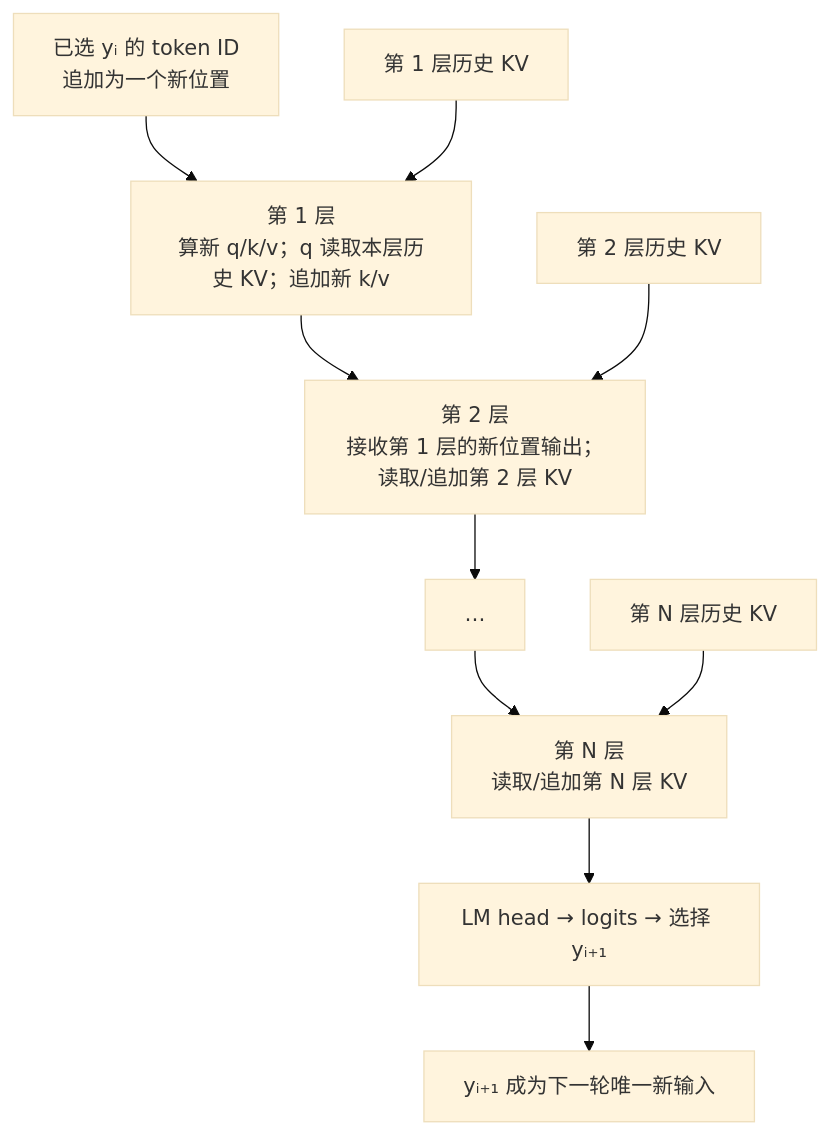
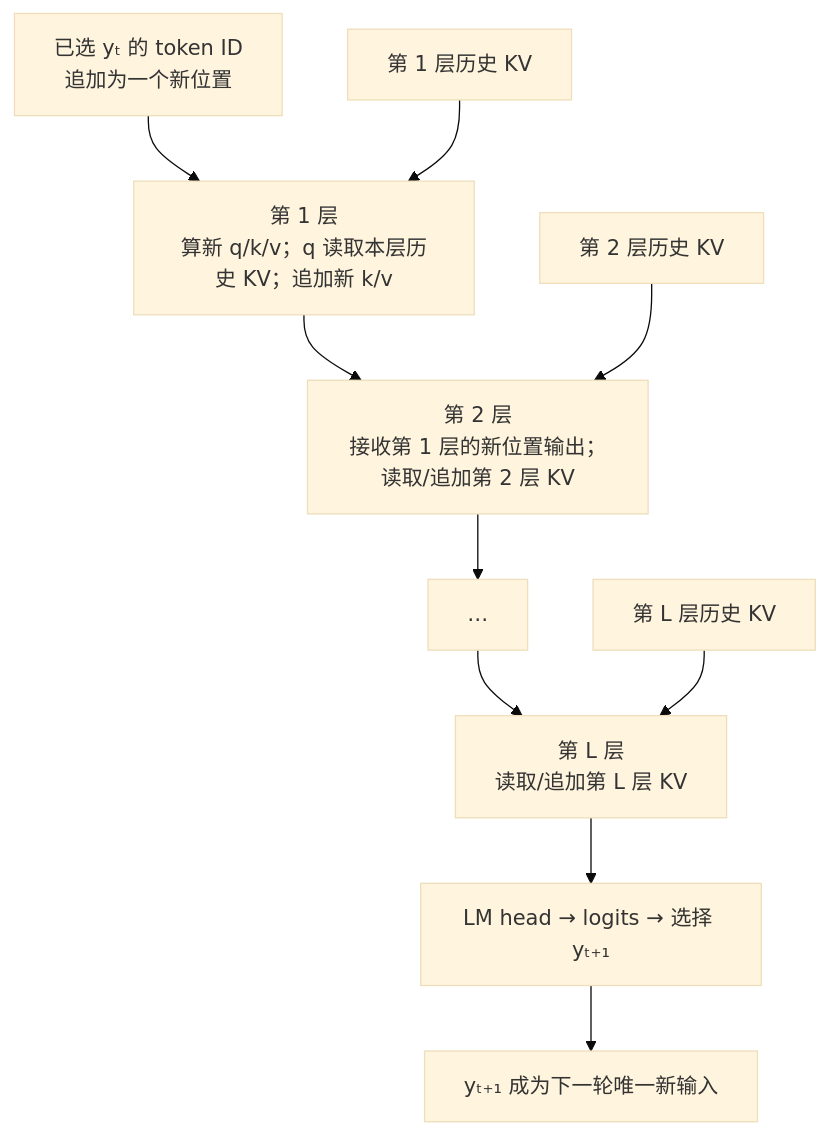
The fifth of 7 diagrams in 03_components/3.8_gpt_inference_flow.md (yeasy/llm_internals), drawn with Mermaid (base theme) before and after one commit. The commit also changed other lines of this file, not shown here.

````diff
--- a/03_components/3.8_gpt_inference_flow.md
+++ b/03_components/3.8_gpt_inference_flow.md
@@ -203,12 +244,12 @@
 ```mermaid
 flowchart TB
-    token["已选 yᵢ 的 token ID<br/>追加为一个新位置"] --> l1["第 1 层<br/>算新 q/k/v；q 读取本层历史 KV；追加新 k/v"]
+    token["已选 yₜ 的 token ID<br/>追加为一个新位置"] --> l1["第 1 层<br/>算新 q/k/v；q 读取本层历史 KV；追加新 k/v"]
     cache1["第 1 层历史 KV"] --> l1
     l1 --> l2["第 2 层<br/>接收第 1 层的新位置输出；读取/追加第 2 层 KV"]
     cache2["第 2 层历史 KV"] --> l2
     l2 --> dots["…"]
-    dots --> ln["第 N 层<br/>读取/追加第 N 层 KV"]
-    cacheN["第 N 层历史 KV"] --> ln
-    ln --> select["LM head → logits → 选择 yᵢ₊₁"]
-    select --> append["yᵢ₊₁ 成为下一轮唯一新输入"]
+    dots --> ln["第 L 层<br/>读取/追加第 L 层 KV"]
+    cacheN["第 L 层历史 KV"] --> ln
+    ln --> select["LM head → logits → 选择 yₜ₊₁"]
+    select --> append["yₜ₊₁ 成为下一轮唯一新输入"]
 ```
````
